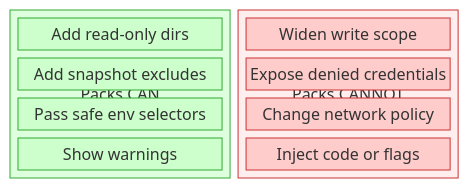
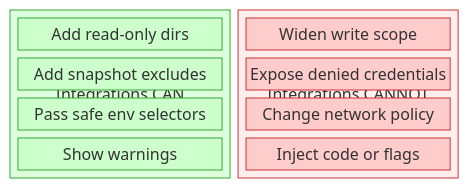
One commit to dredozubov/hazmat changed the first of 2 diagrams in docs/stack-packs.md. Above: the diagram before and after it, drawn with Mermaid. The commit also changed other lines of this file and 5 other files, not shown here.

Commit message:
docs: reframe packs as integrations

````diff
--- a/docs/stack-packs.md
+++ b/docs/stack-packs.md
@@ -22,29 +26,29 @@
 ```mermaid
 block-beta
     columns 2
-    block:allowed["Packs CAN"]
+    block:allowed["Integrations CAN"]
         columns 1
         a1["Add read-only dirs"]
         a2["Add snapshot excludes"]
         a3["Pass safe env selectors"]
         a4["Show warnings"]
     end
-    block:denied["Packs CANNOT"]
+    block:denied["Integrations CANNOT"]
         columns 1
         d1["Widen write scope"]
         d2["Expose denied credentials"]
         d3["Change network policy"]
         d4["Inject code or flags"]
     end
 
     style allowed fill:#dfd,stroke:#3a3,color:#000
     style denied fill:#fee,stroke:#c33,color:#000
     style a1 fill:#cfc,stroke:#3a3,color:#000
     style a2 fill:#cfc,stroke:#3a3,color:#000
     style a3 fill:#cfc,stroke:#3a3,color:#000
     style a4 fill:#cfc,stroke:#3a3,color:#000
     style d1 fill:#fcc,stroke:#c33,color:#000
     style d2 fill:#fcc,stroke:#c33,color:#000
     style d3 fill:#fcc,stroke:#c33,color:#000
     style d4 fill:#fcc,stroke:#c33,color:#000
 ```
````
